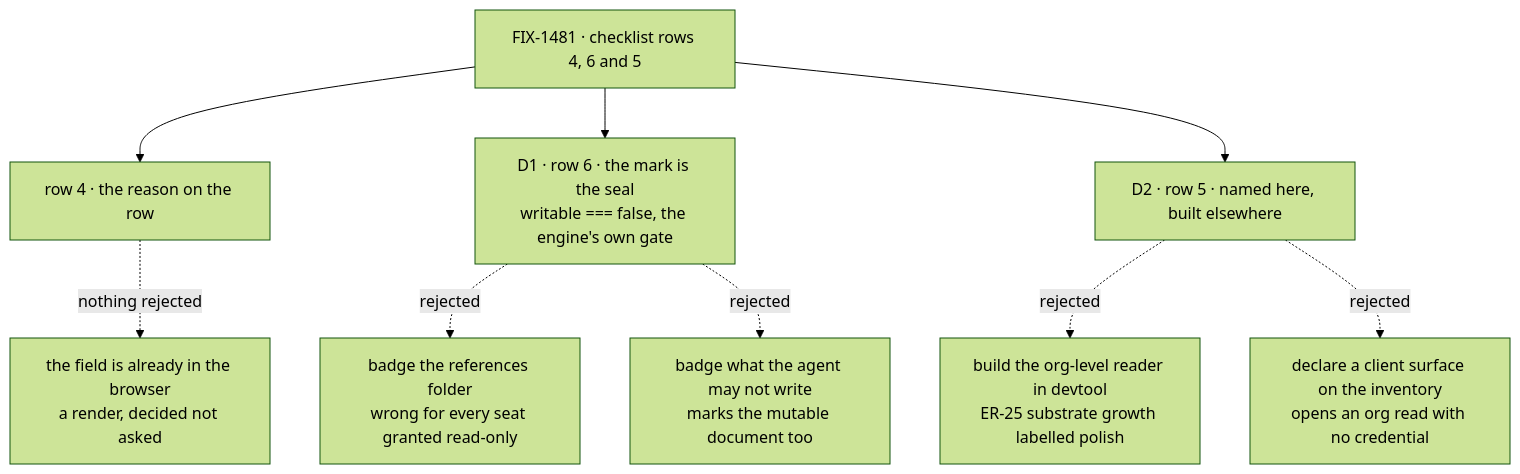
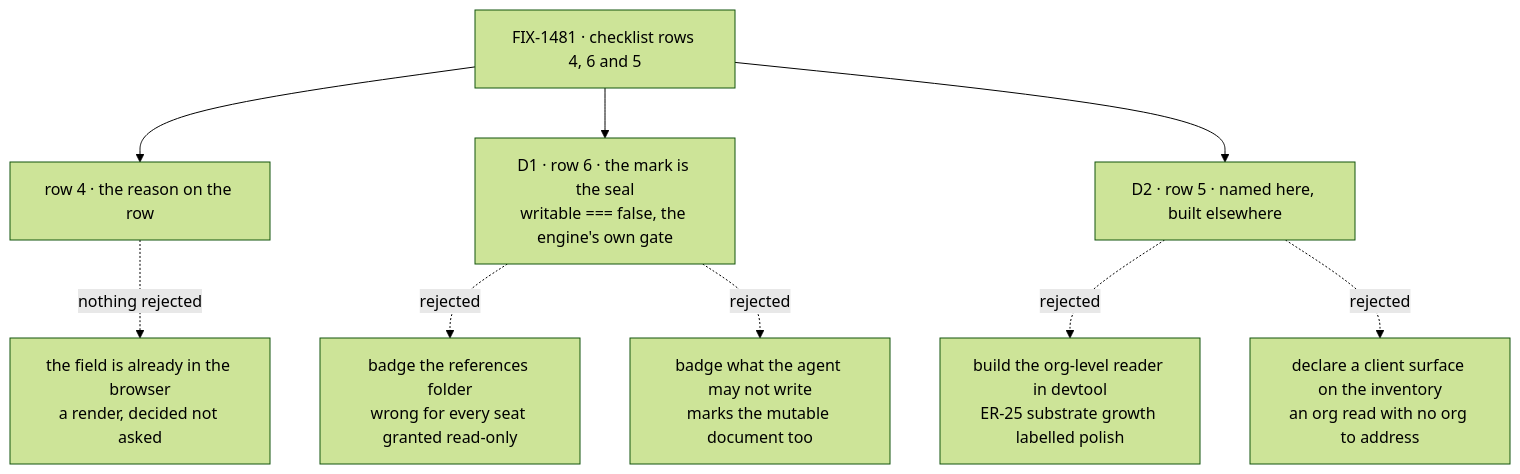
One commit to fixpoint-labs/flow-state-dev changed the diagram in specs/issues/FIX-1481/DECISIONS.md. Above: the diagram before and after it, drawn with Mermaid (forest theme). The commit also changed other lines of this file and 2 other files, not shown here.

````diff
--- a/specs/issues/FIX-1481/DECISIONS.md
+++ b/specs/issues/FIX-1481/DECISIONS.md
@@ -13,11 +13,11 @@
 ```mermaid
 flowchart TD
   I["FIX-1481 · checklist rows 4, 6 and 5"] --> R4["row 4 · the reason on the row"]
   R4 -.->|"nothing rejected"| X0["the field is already in the browser<br/>a render, decided not asked"]
   I --> D1["D1 · row 6 · the mark is the seal<br/>writable === false, the engine's own gate"]
   D1 -.->|"rejected"| X1["badge the references folder<br/>wrong for every seat granted read-only"]
   D1 -.->|"rejected"| X2["badge what the agent may not write<br/>marks the mutable document too"]
   I --> D2["D2 · row 5 · named here, built elsewhere"]
   D2 -.->|"rejected"| X3["build the org-level reader in devtool<br/>ER-25 substrate growth labelled polish"]
-  D2 -.->|"rejected"| X4["declare a client surface on the inventory<br/>opens an org read with no credential"]
+  D2 -.->|"rejected"| X4["declare a client surface on the inventory<br/>an org read with no org to address"]
 ```
````
